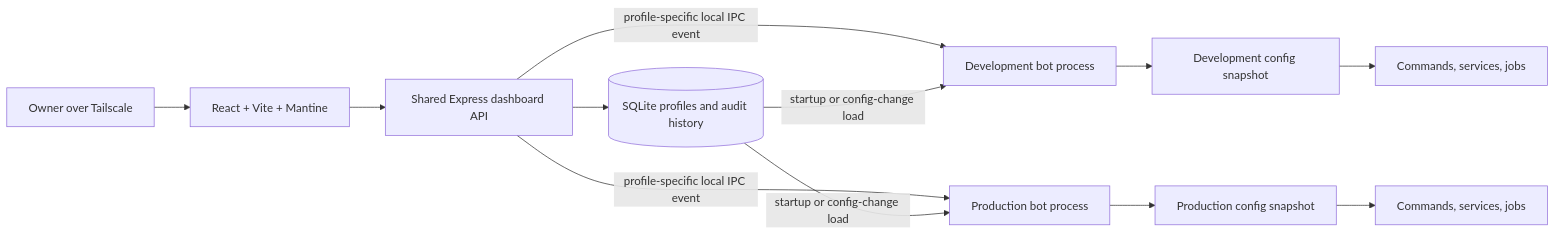
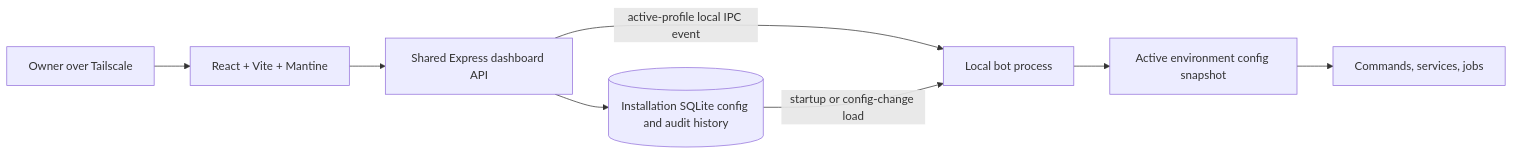
The diagram in docs/plans/hellbot-dashboard.md (Mare02/hellbot), drawn with Mermaid before and after one commit. The commit also changed other lines of this file and 80 other files, not shown here.

````diff
--- a/docs/plans/hellbot-dashboard.md
+++ b/docs/plans/hellbot-dashboard.md
@@ -27,14 +27,10 @@
 ```mermaid
 flowchart LR
     Owner[Owner over Tailscale] --> UI[React + Vite + Mantine]
     UI --> API[Shared Express dashboard API]
-    API --> DB[(SQLite profiles and audit history)]
-    API -->|profile-specific local IPC event| Dev[Development bot process]
-    API -->|profile-specific local IPC event| Prod[Production bot process]
-    DB -->|startup or config-change load| Dev
-    DB -->|startup or config-change load| Prod
-    Dev --> DevSnap[Development config snapshot]
-    Prod --> ProdSnap[Production config snapshot]
-    DevSnap --> DevRuntime[Commands, services, jobs]
-    ProdSnap --> ProdRuntime[Commands, services, jobs]
+    API --> DB[(Installation SQLite config and audit history)]
+    API -->|active-profile local IPC event| Bot[Local bot process]
+    DB -->|startup or config-change load| Bot
+    Bot --> Snapshot[Active environment config snapshot]
+    Snapshot --> Runtime[Commands, services, jobs]
 ```
````
